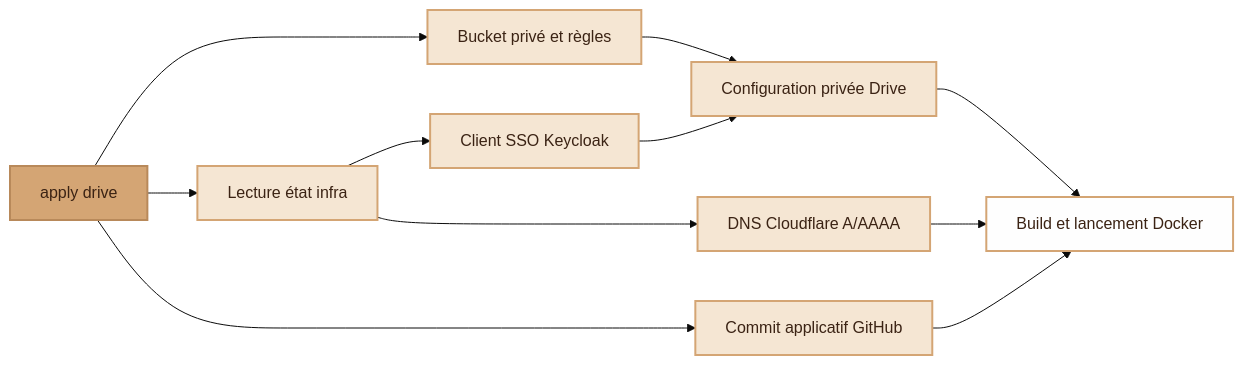
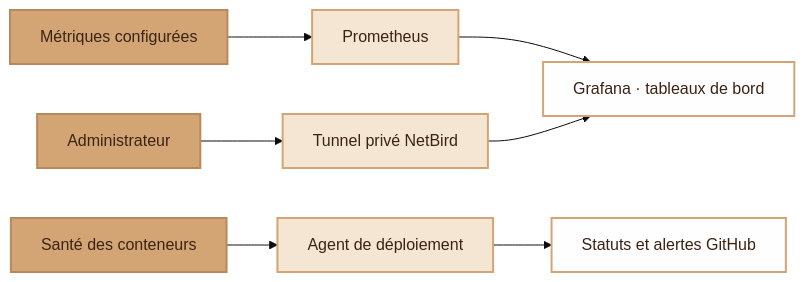
One commit to djdevpro/modern-stack changed the third of 4 diagrams in README.md. Above: the diagram before and after it, drawn with Mermaid (base theme). The commit also changed other lines of this file and 2 other files, not shown here.

Commit message:
docs: lead with private access and operational architecture

````diff
--- a/README.md
+++ b/README.md
@@ -40,17 +61,13 @@
 ```mermaid
 graph LR
-    A["apply drive"]:::chamois --> B["Lecture état infra"]:::beige
-    A --> C["Bucket privé et règles"]:::beige
-    B --> D["Client SSO Keycloak"]:::beige
-    C --> E["Configuration privée Drive"]:::beige
-    D --> E
-    B --> F["DNS Cloudflare A/AAAA"]:::beige
-    A --> G["Commit applicatif GitHub"]:::beige
-    E --> H["Build et lancement Docker"]:::blanc
-    F --> H
-    G --> H
+    A["Métriques configurées"]:::chamois --> B["Prometheus"]:::beige
+    B --> C["Grafana · tableaux de bord"]:::blanc
+    D["Administrateur"]:::chamois --> E["Tunnel privé NetBird"]:::beige
+    E --> C
+    F["Santé des conteneurs"]:::chamois --> G["Agent de déploiement"]:::beige
+    G --> H["Statuts et alertes GitHub"]:::blanc
 
     classDef chamois fill:#d4a574,color:#3b2314,stroke:#b8895a,stroke-width:2px
     classDef blanc fill:#fefefe,color:#3b2314,stroke:#d4a574,stroke-width:2px
     classDef beige fill:#f5e6d3,color:#3b2314,stroke:#d4a574,stroke-width:2px
 ```
````
